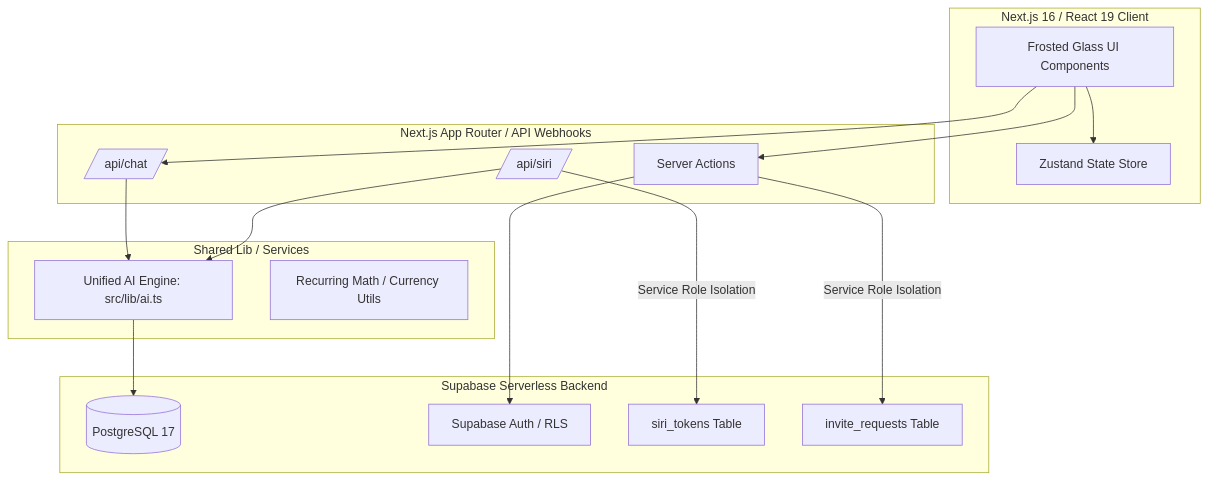
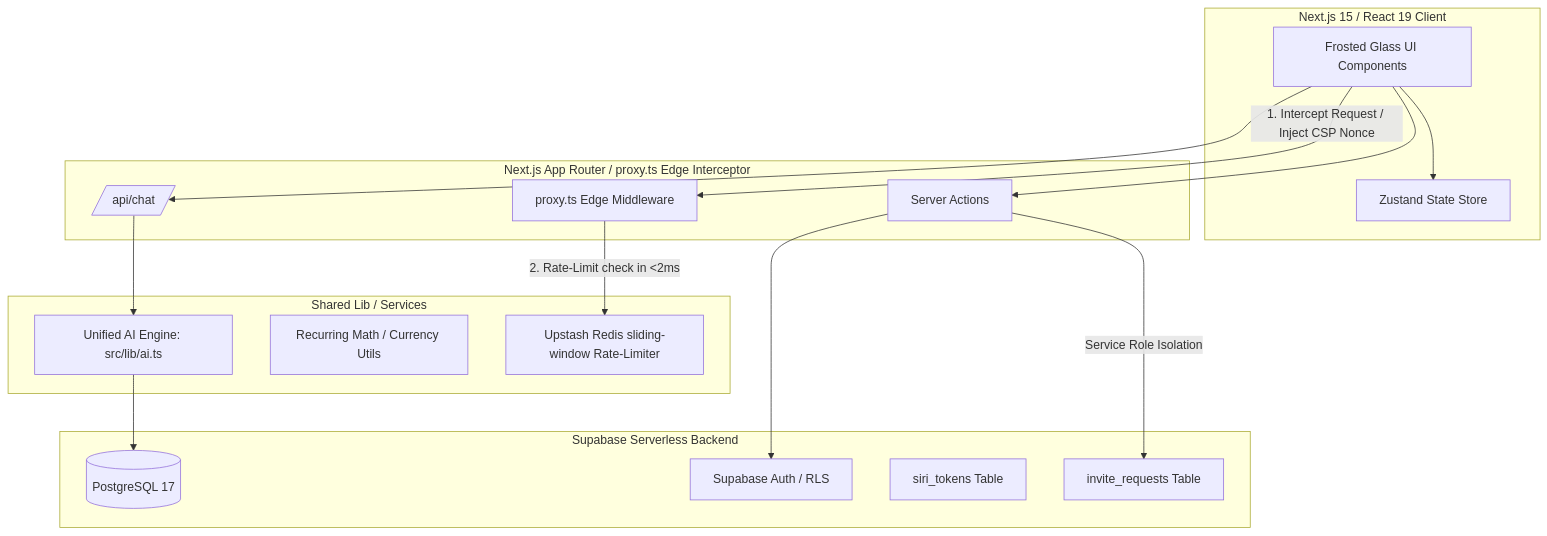
The first of 4 diagrams in ARCHITECTURE.md (lilo123/expense-dashboard), drawn with Mermaid before and after one commit. The commit also changed other lines of this file and 1 other file, not shown here.

First line of the commit message:
docs: synchronize system architectural and testing guides with GTM launch baseline

````diff
--- a/ARCHITECTURE.md
+++ b/ARCHITECTURE.md
@@ -13,35 +13,36 @@
 ```mermaid
 graph TD
-    subgraph Frontend [Next.js 16 / React 19 Client]
+    subgraph Frontend [Next.js 15 / React 19 Client]
         UI[Frosted Glass UI Components]
         Store[Zustand State Store]
         UI --> Store
     end
 
-    subgraph Edge [Next.js App Router / API Webhooks]
+    subgraph Edge [Next.js App Router / proxy.ts Edge Interceptor]
+        Proxy[proxy.ts Edge Middleware]
         ChatAPI[/api/chat/]
-        SiriAPI[/api/siri/]
         ServerActions[Server Actions]
     end
 
     subgraph CoreLogic [Shared Lib / Services]
         AIService[Unified AI Engine: src/lib/ai.ts]
         RecurService[Recurring Math / Currency Utils]
+        Upstash[Upstash Redis sliding-window Rate-Limiter]
     end
 
     subgraph Backend [Supabase Serverless Backend]
         DB[(PostgreSQL 17)]
         Auth[Supabase Auth / RLS]
         SiriTokens[siri_tokens Table]
         InviteReq[invite_requests Table]
     end
 
+    UI -->|1. Intercept Request / Inject CSP Nonce| Proxy
+    Proxy -->|2. Rate-Limit check in <2ms| Upstash
     UI --> ServerActions
     UI --> ChatAPI
-    SiriAPI --> AIService
     ChatAPI --> AIService
     ServerActions --> Auth
     AIService --> DB
-    SiriAPI -- Service Role Isolation --> SiriTokens
     ServerActions -- Service Role Isolation --> InviteReq
 ```
````
